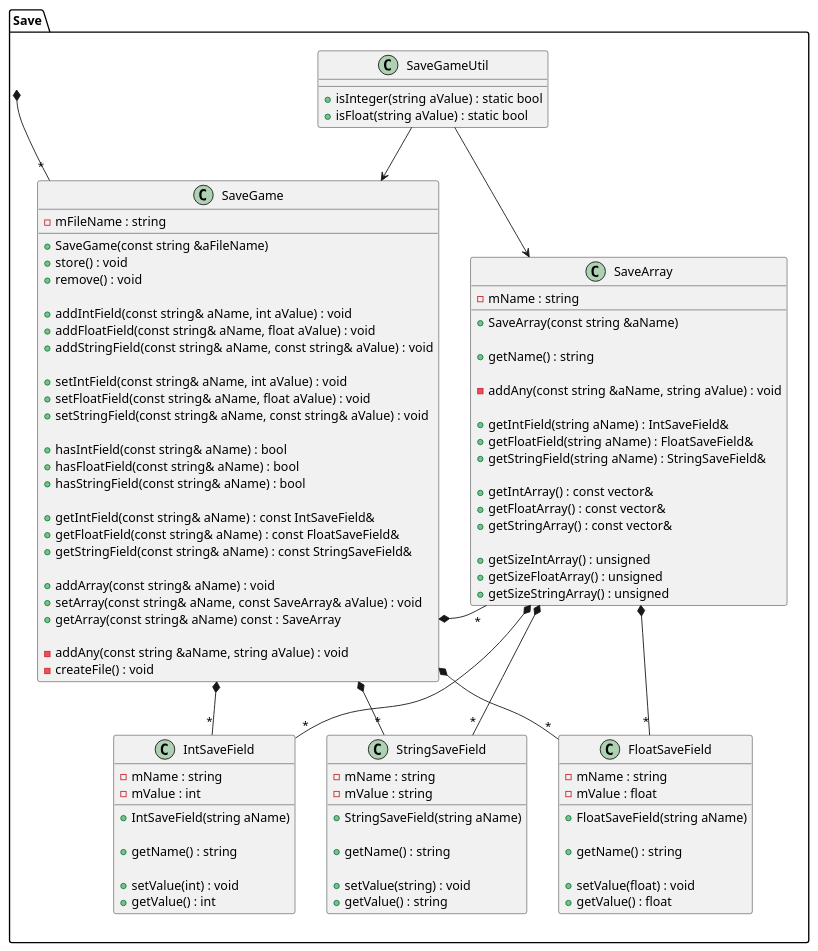
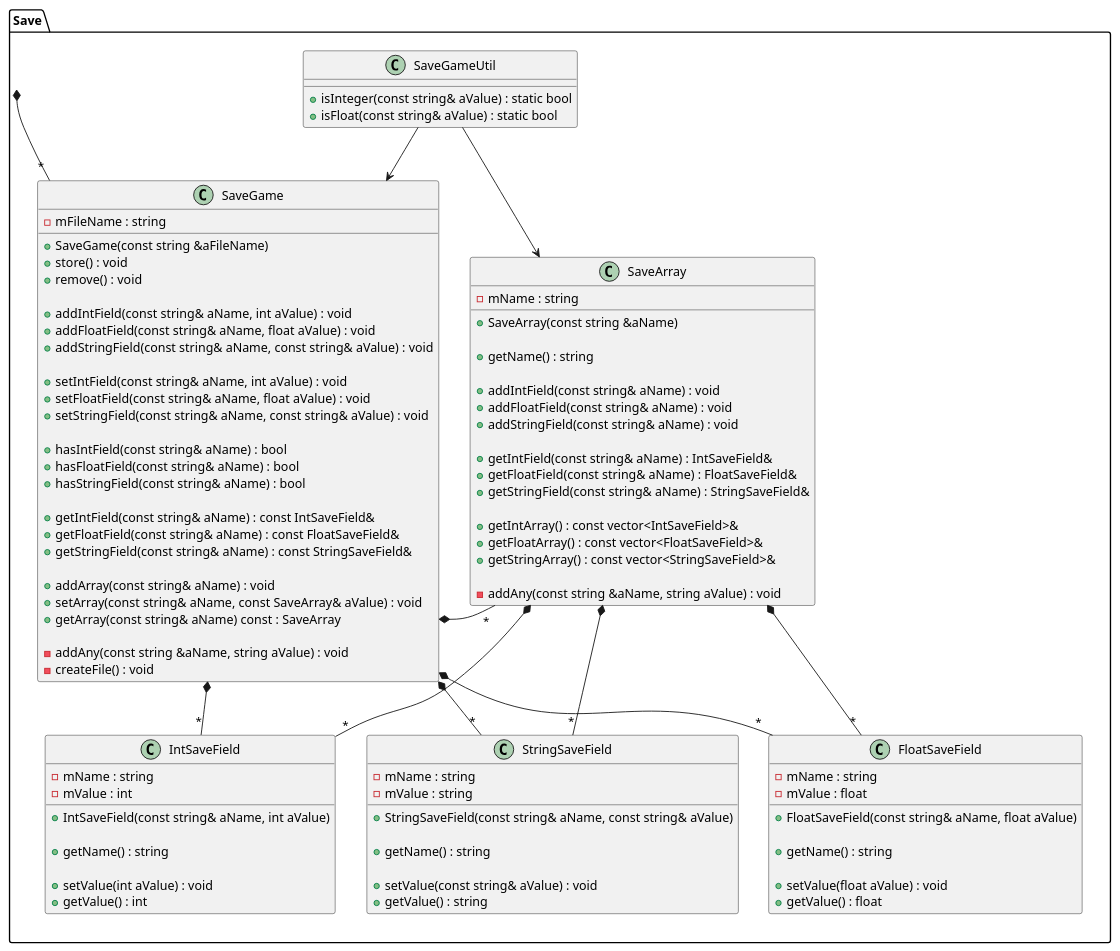
One commit to Seger01/GameEngine changed the diagram in docs/Diagrams/classDiagramPackages/savegamePackage.puml. Above: the diagram before and after it, drawn with PlantUML. The commit also changed 6 other files, not shown here.

Commit message:
Updated save system class diagram

```diff
--- a/docs/Diagrams/classDiagramPackages/savegamePackage.puml
+++ b/docs/Diagrams/classDiagramPackages/savegamePackage.puml
@@ -1,115 +1,113 @@
 @startuml savePackageClassDiagram
 
 package Save{
 class SaveGame {
 -mFileName : string
     + SaveGame(const string &aFileName)
     + store() : void
     + remove() : void
 
     + addIntField(const string& aName, int aValue) : void
     + addFloatField(const string& aName, float aValue) : void
     + addStringField(const string& aName, const string& aValue) : void
 
     + setIntField(const string& aName, int aValue) : void
     + setFloatField(const string& aName, float aValue) : void
     + setStringField(const string& aName, const string& aValue) : void
 
     + hasIntField(const string& aName) : bool
     + hasFloatField(const string& aName) : bool
     + hasStringField(const string& aName) : bool
 
     + getIntField(const string& aName) : const IntSaveField&
     + getFloatField(const string& aName) : const FloatSaveField&
     + getStringField(const string& aName) : const StringSaveField&
 
     + addArray(const string& aName) : void
     + setArray(const string& aName, const SaveArray& aValue) : void
     + getArray(const string& aName) const : SaveArray
 
     - addAny(const string &aName, string aValue) : void
     - createFile() : void
 }
 
 class SaveArray {
     - mName : string
     + SaveArray(const string &aName)
 
     + getName() : string
 
+    + addIntField(const string& aName) : void
+    + addFloatField(const string& aName) : void
+    + addStringField(const string& aName) : void
+
+    + getIntField(const string& aName) : IntSaveField&
+    + getFloatField(const string& aName) : FloatSaveField&
+    + getStringField(const string& aName) : StringSaveField&
+
+    + getIntArray() : const vector<IntSaveField>&
+    + getFloatArray() : const vector<FloatSaveField>&
+    + getStringArray() : const vector<StringSaveField>&
+
     - addAny(const string &aName, string aValue) : void
-
-    + getIntField(string aName) : IntSaveField&
-    + getFloatField(string aName) : FloatSaveField&
-    + getStringField(string aName) : StringSaveField&
-
-    + getIntArray() : const vector&
-    + getFloatArray() : const vector&
-    + getStringArray() : const vector&
-
-    + getSizeIntArray() : unsigned
-    + getSizeFloatArray() : unsigned
-    + getSizeStringArray() : unsigned
 }
 
-
-
 class SaveGameUtil {
-  + isInteger(string aValue) : static bool
-  + isFloat(string aValue) : static bool
+  + isInteger(const string& aValue) : static bool
+  + isFloat(const string& aValue) : static bool
 }
 
 together {
 class IntSaveField {
   - mName : string
   - mValue : int
 
-  + IntSaveField(string aName)
+  + IntSaveField(const string& aName, int aValue)
 
   + getName() : string
 
-  + setValue(int) : void
+  + setValue(int aValue) : void
   + getValue() : int
 }
 
 class FloatSaveField {
   - mName : string
   - mValue : float
 
-  + FloatSaveField(string aName)
+  + FloatSaveField(const string& aName, float aValue)
 
   + getName() : string
 
-  + setValue(float) : void
+  + setValue(float aValue) : void
   + getValue() : float
 }
 
 class StringSaveField {
   - mName : string
   - mValue : string
 
-  + StringSaveField(string aName)
+  + StringSaveField(const string& aName, const string& aValue)
 
   + getName() : string
 
-  + setValue(string) : void
+  + setValue(const string& aValue) : void
   + getValue() : string
 }
 }
 
 SaveGame *-- "*" SaveArray
 
 SaveGame <-left- SaveGameUtil
 SaveGame -[hidden]> SaveArray
 SaveGame *--"*" IntSaveField
 SaveGame *--"*" FloatSaveField
 SaveGame *--"*" StringSaveField
 
 SaveArray <-up- SaveGameUtil
 SaveArray *--"*" IntSaveField
 SaveArray *--"*" FloatSaveField
 SaveArray *--"*" StringSaveField
 }
 
 Save *-- "*" SaveGame
 @enduml
```
